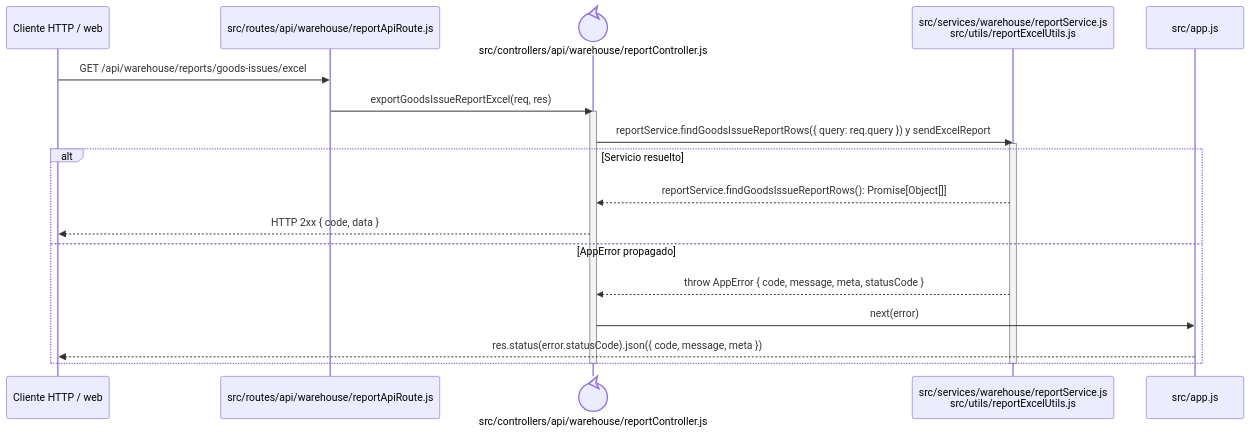
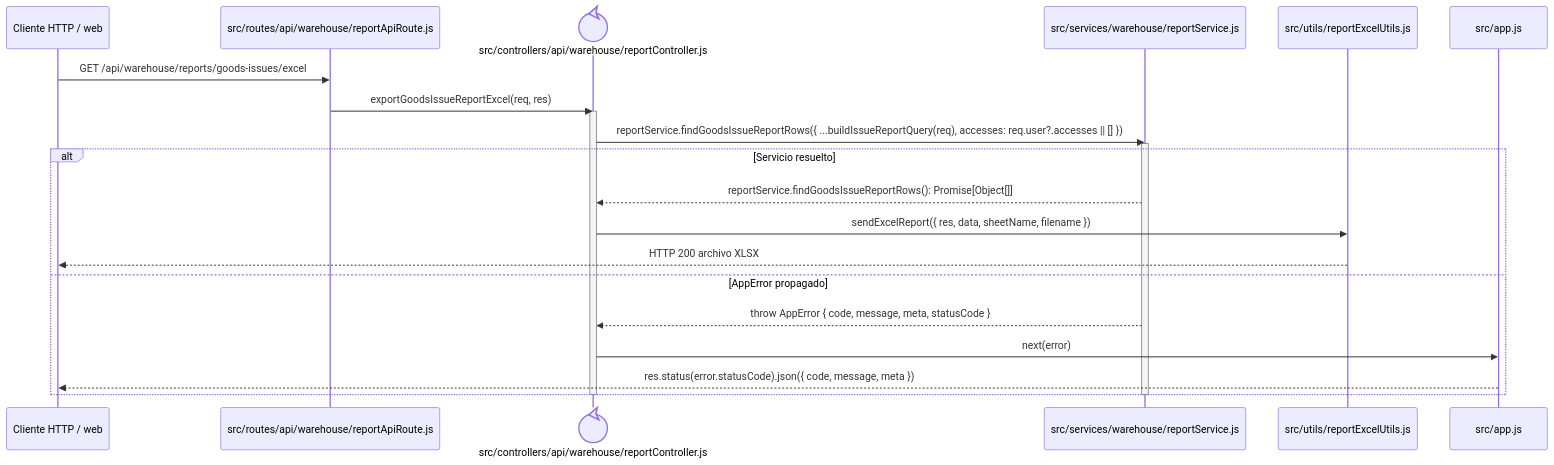
Before and after one commit to gpgsistemas01/nexus: the diagram in docs/architecture/backend-code-sequences/issues/cu-sal-07.md, drawn with Mermaid. The commit also changed 22 other files, not shown here.

````diff
--- a/docs/architecture/backend-code-sequences/issues/cu-sal-07.md
+++ b/docs/architecture/backend-code-sequences/issues/cu-sal-07.md
@@ -6,24 +6,26 @@
 ```mermaid
 sequenceDiagram
     participant Client as Cliente HTTP / web
     participant Route as src/routes/api/warehouse/reportApiRoute.js
     participant Controller@{ "type": "control" } as src/controllers/api/warehouse/reportController.js
-    participant Domain as src/services/warehouse/reportService.js<br/>src/utils/reportExcelUtils.js
+    participant Query as src/services/warehouse/reportService.js
+    participant Excel as src/utils/reportExcelUtils.js
     participant ErrorHandler as src/app.js
 
     Client->>Route: GET /api/warehouse/reports/goods-issues/excel
     Route->>Controller: exportGoodsIssueReportExcel(req, res)
     activate Controller
-    Controller->>Domain: reportService.findGoodsIssueReportRows({ query: req.query }) y sendExcelReport
-    activate Domain
+    Controller->>Query: reportService.findGoodsIssueReportRows({ ...buildIssueReportQuery(req), accesses: req.user?.accesses || [] })
+    activate Query
     alt Servicio resuelto
-        Domain-->>Controller: reportService.findGoodsIssueReportRows(): Promise[Object[]]
-        Controller-->>Client: HTTP 2xx { code, data }
+        Query-->>Controller: reportService.findGoodsIssueReportRows(): Promise[Object[]]
+        Controller->>Excel: sendExcelReport({ res, data, sheetName, filename })
+        Excel-->>Client: HTTP 200 archivo XLSX
     else AppError propagado
-        Domain-->>Controller: throw AppError { code, message, meta, statusCode }
+        Query-->>Controller: throw AppError { code, message, meta, statusCode }
         Controller->>ErrorHandler: next(error)
         ErrorHandler-->>Client: res.status(error.statusCode).json({ code, message, meta })
     end
-    deactivate Domain
+    deactivate Query
     deactivate Controller
 ```
````
